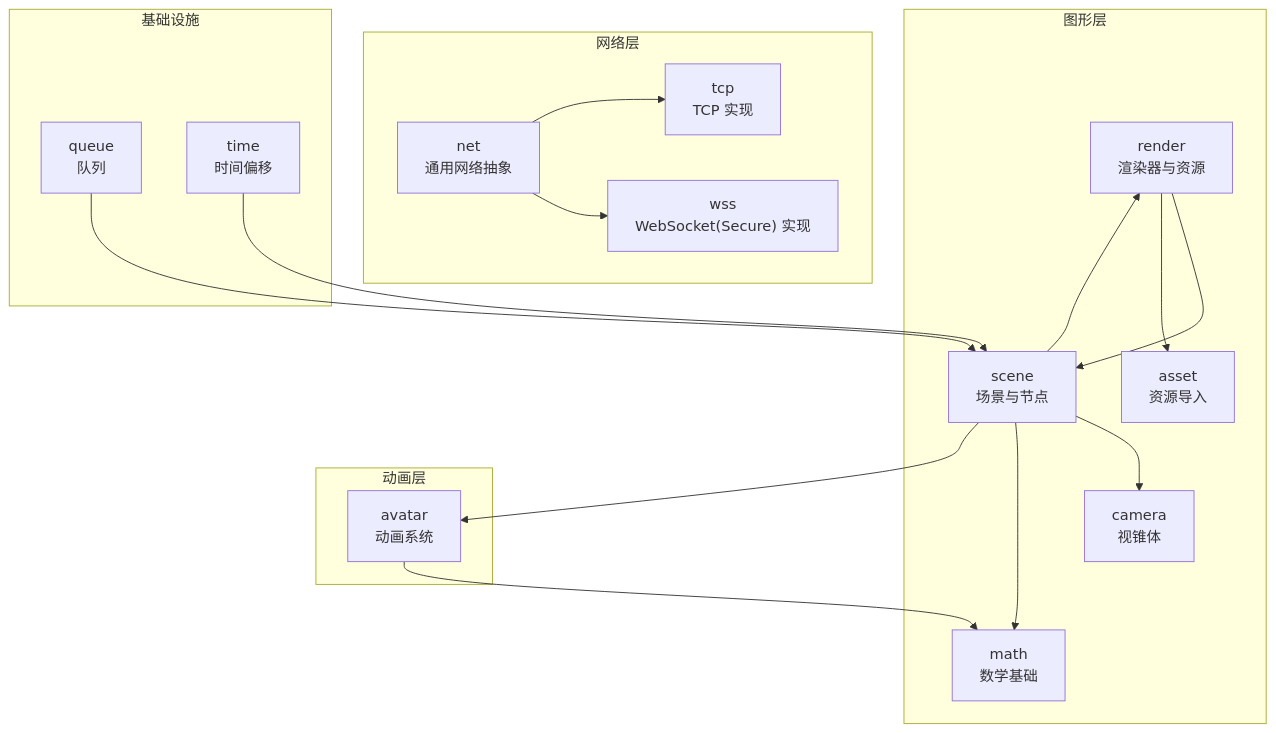
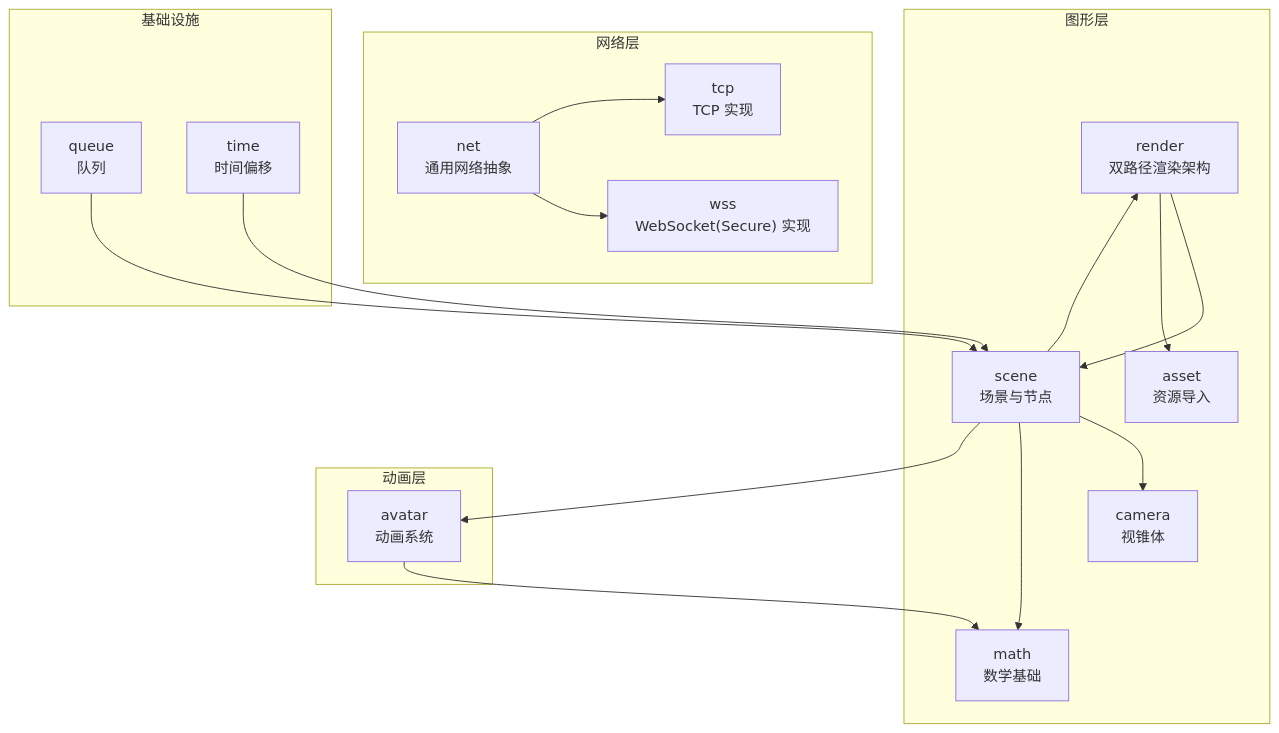
One commit to qianqians/geese changed the first of 7 diagrams in .qoder/repowiki/zh/content/扩展开发.md. Above: the diagram before and after it, drawn with Mermaid. The commit also changed other lines of this file and 23 other files, not shown here.

````diff
--- a/.qoder/repowiki/zh/content/扩展开发.md
+++ b/.qoder/repowiki/zh/content/扩展开发.md
@@ -55,33 +74,33 @@
 ```mermaid
 graph TB
 subgraph "图形层"
-R["render<br/>渲染器与资源"]
+R["render<br/>双路径渲染架构"]
 S["scene<br/>场景与节点"]
 C["camera<br/>视锥体"]
 M["math<br/>数学基础"]
 A["asset<br/>资源导入"]
 end
 subgraph "动画层"
 AV["avatar<br/>动画系统"]
 end
 subgraph "网络层"
 N["net<br/>通用网络抽象"]
 T["tcp<br/>TCP 实现"]
 W["wss<br/>WebSocket(Secure) 实现"]
 end
 subgraph "基础设施"
 Q["queue<br/>队列"]
 TI["time<br/>时间偏移"]
 end
 R --> S
 S --> C
 S --> M
 R --> A
 S --> AV
 AV --> M
 N --> T
 N --> W
 S --> R
 TI --> S
 Q --> S
 ```
````
